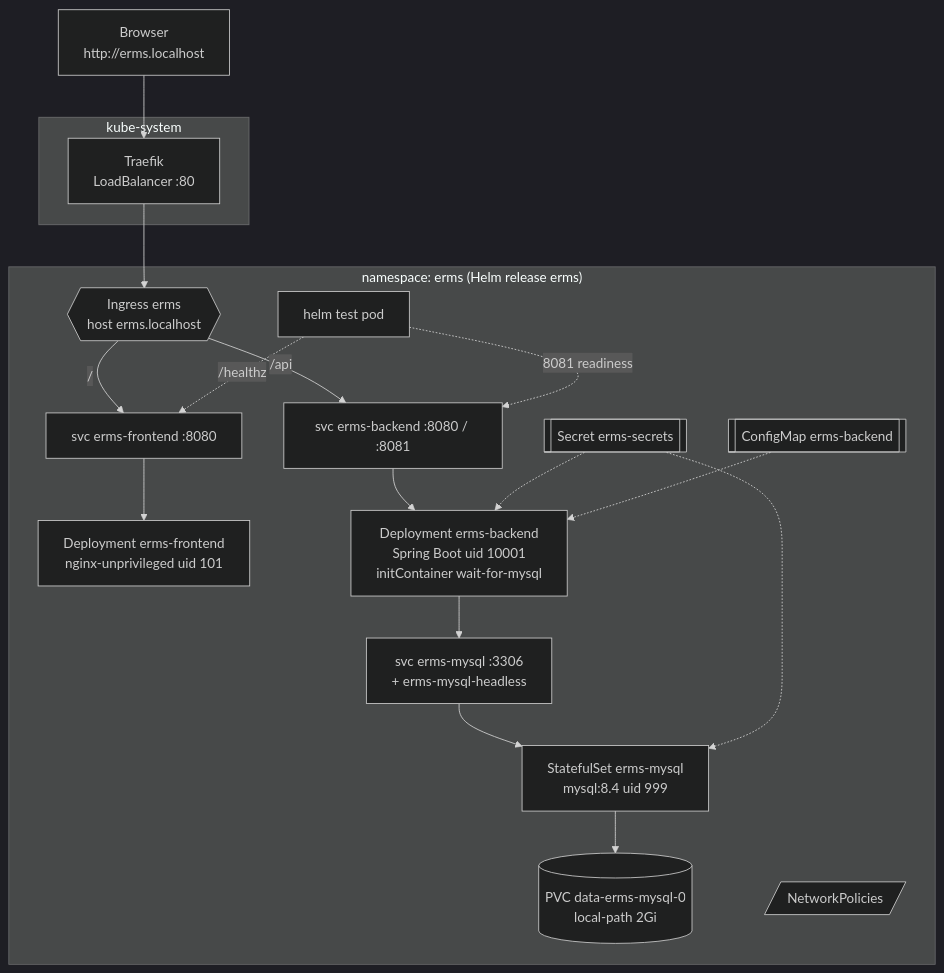
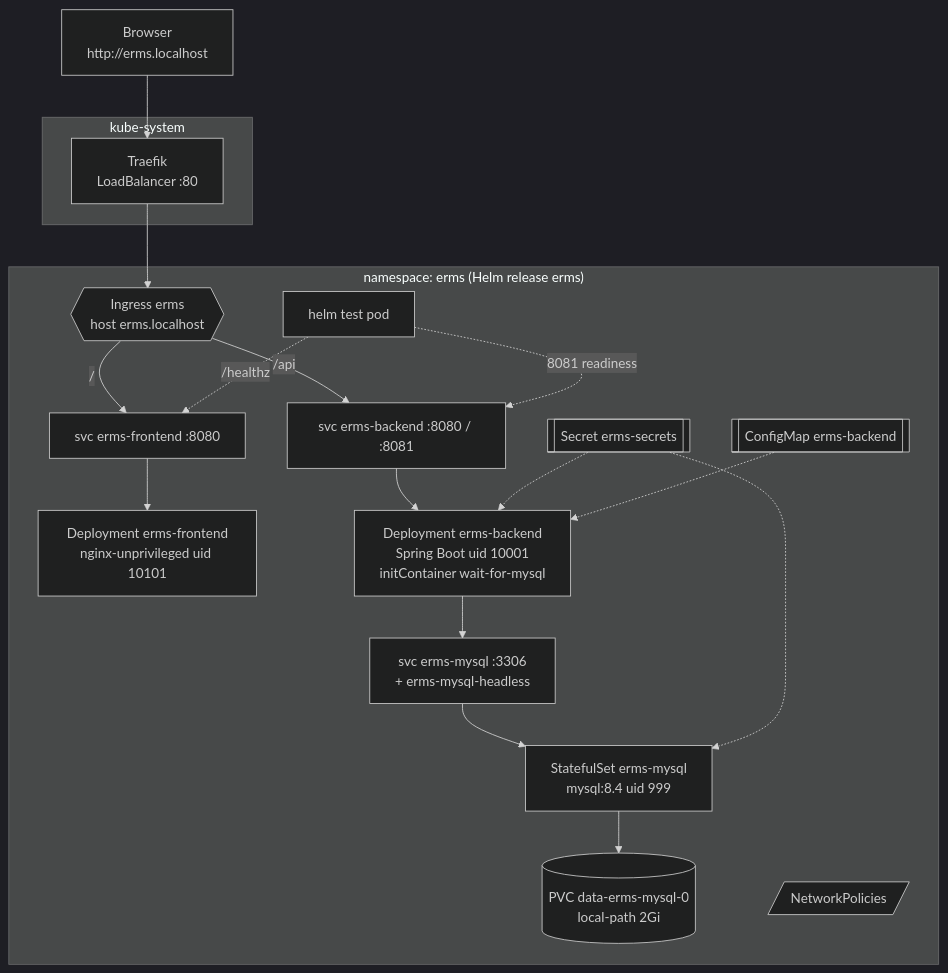
Before and after one commit to manojis/CriticalUtilityResponseService: the diagram in docs/DEPLOYMENT.md, drawn with Mermaid (dark theme). The commit also changed other lines of this file and 9 other files, not shown here.

First line of the commit message:
fix(helm): set CPU limits and run the frontend as uid 10101

````diff
--- a/docs/DEPLOYMENT.md
+++ b/docs/DEPLOYMENT.md
@@ -16,30 +16,30 @@
 ```mermaid
 flowchart TB
     U["Browser<br/>http://erms.localhost"] --> T
     subgraph kube-system
         T[Traefik<br/>LoadBalancer :80]
     end
     subgraph erms["namespace: erms (Helm release erms)"]
         I{{Ingress erms<br/>host erms.localhost}}
         FS[svc erms-frontend :8080]
         BS[svc erms-backend :8080 / :8081]
         MS[svc erms-mysql :3306<br/>+ erms-mysql-headless]
-        FD[Deployment erms-frontend<br/>nginx-unprivileged uid 101]
+        FD[Deployment erms-frontend<br/>nginx-unprivileged uid 10101]
         BD[Deployment erms-backend<br/>Spring Boot uid 10001<br/>initContainer wait-for-mysql]
         SS[StatefulSet erms-mysql<br/>mysql:8.4 uid 999]
         PVC[(PVC data-erms-mysql-0<br/>local-path 2Gi)]
         SEC[[Secret erms-secrets]]
         CM[[ConfigMap erms-backend]]
         NP[/NetworkPolicies/]
         HT[helm test pod]
     end
     T --> I
     I -- "/" --> FS --> FD
     I -- "/api" --> BS --> BD
     BD --> MS --> SS --> PVC
     SEC -.-> BD
     SEC -.-> SS
     CM -.-> BD
     HT -. "8081 readiness" .-> BS
     HT -. "/healthz" .-> FS
 ```
````
